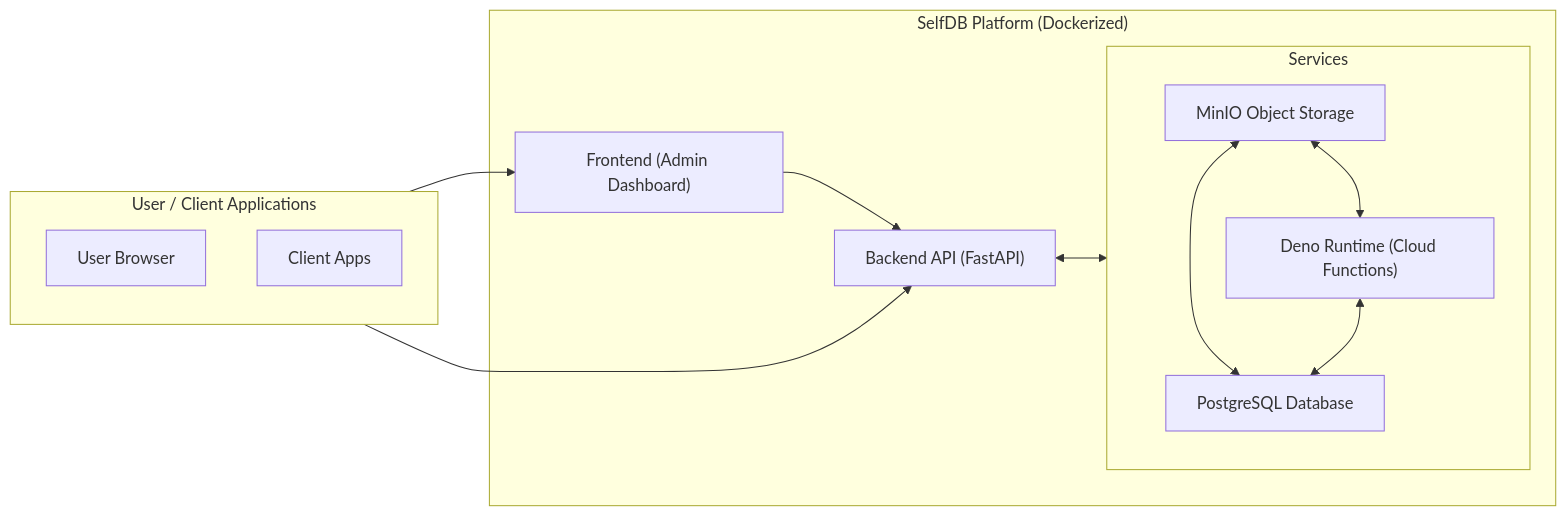
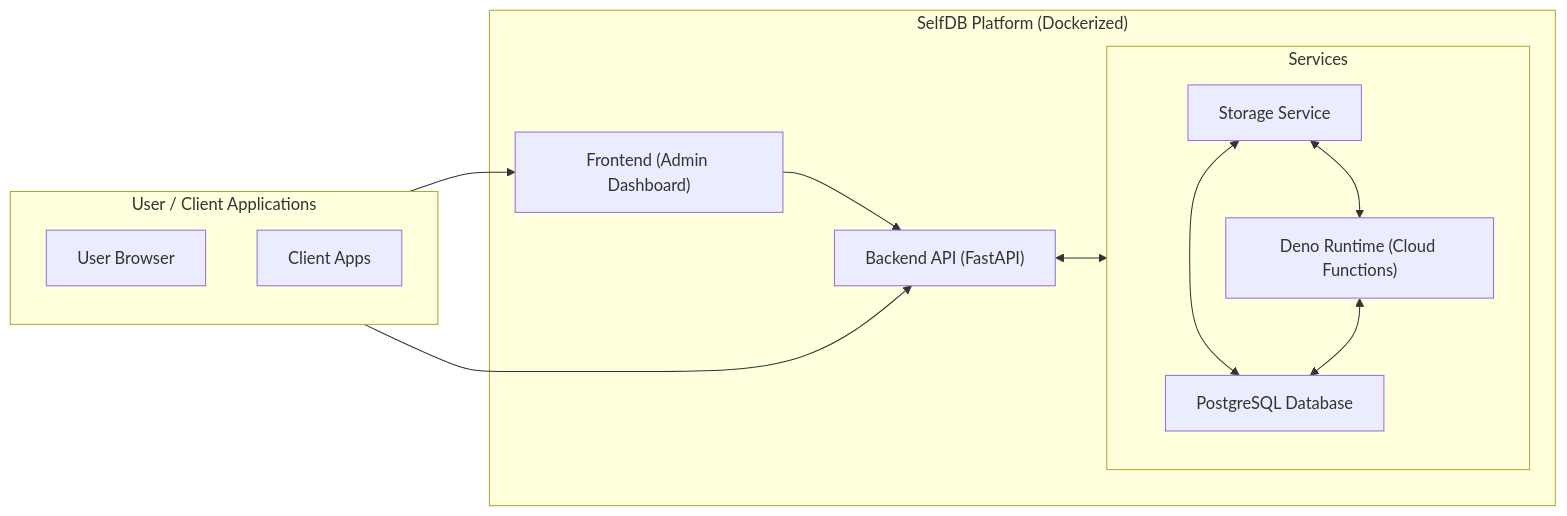
The diagram in README.md (Selfdb-io/SelfDB), drawn with Mermaid before and after one commit. The commit also changed other lines of this file, not shown here.

````diff
--- a/README.md
+++ b/README.md
@@ -70,27 +73,27 @@
 ```mermaid
 graph LR
     subgraph "User / Client Applications"
         direction TB
         U[User Browser]
         C[Client Apps]
     end
 
     subgraph "SelfDB Platform (Dockerized)"
         F["Frontend (Admin Dashboard)"]
         B["Backend API (FastAPI)"]
         subgraph S["Services"]
             direction TB
-            M["MinIO Object Storage"]
+            SS["Storage Service"]
             DR["Deno Runtime (Cloud Functions)"]
             D["PostgreSQL Database"]
-            M <--> D
+            SS <--> D
             DR <--> D
-            M <--> DR
+            SS <--> DR
         end
         F --> B
         B <--> S
     end
 
     U --> F
     C --> B
 ```
````
